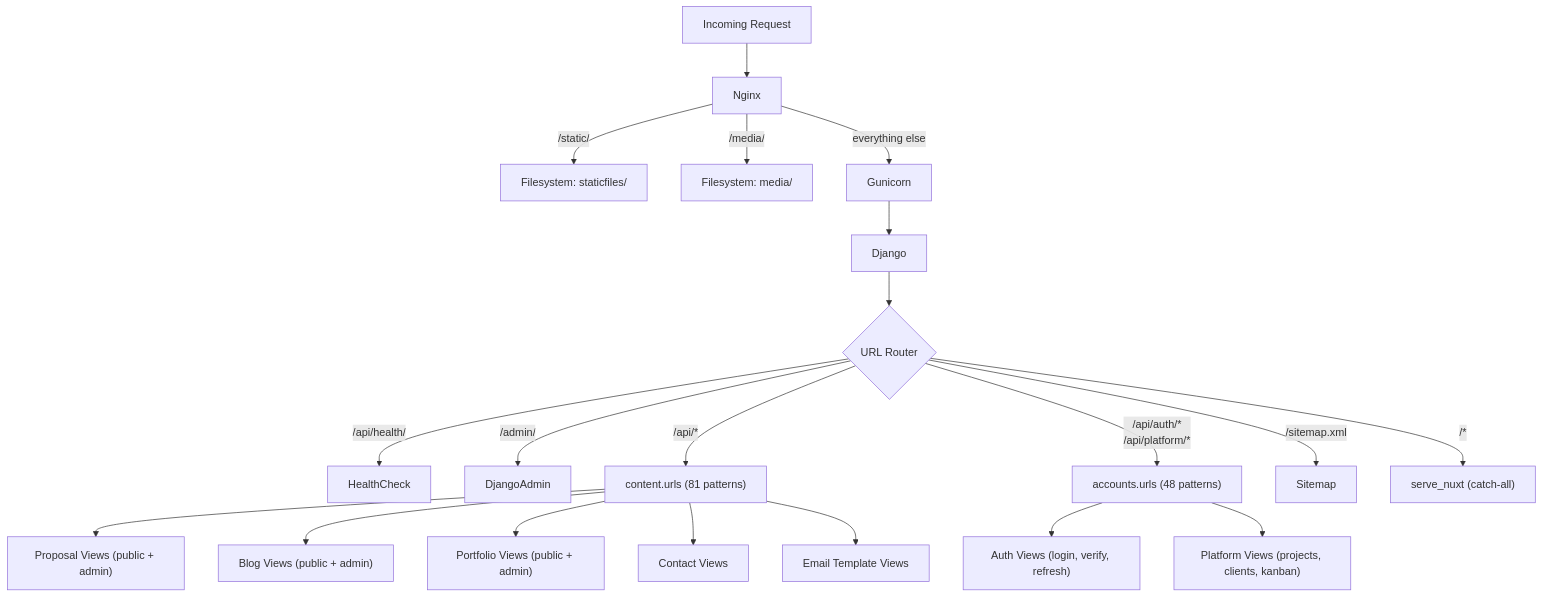
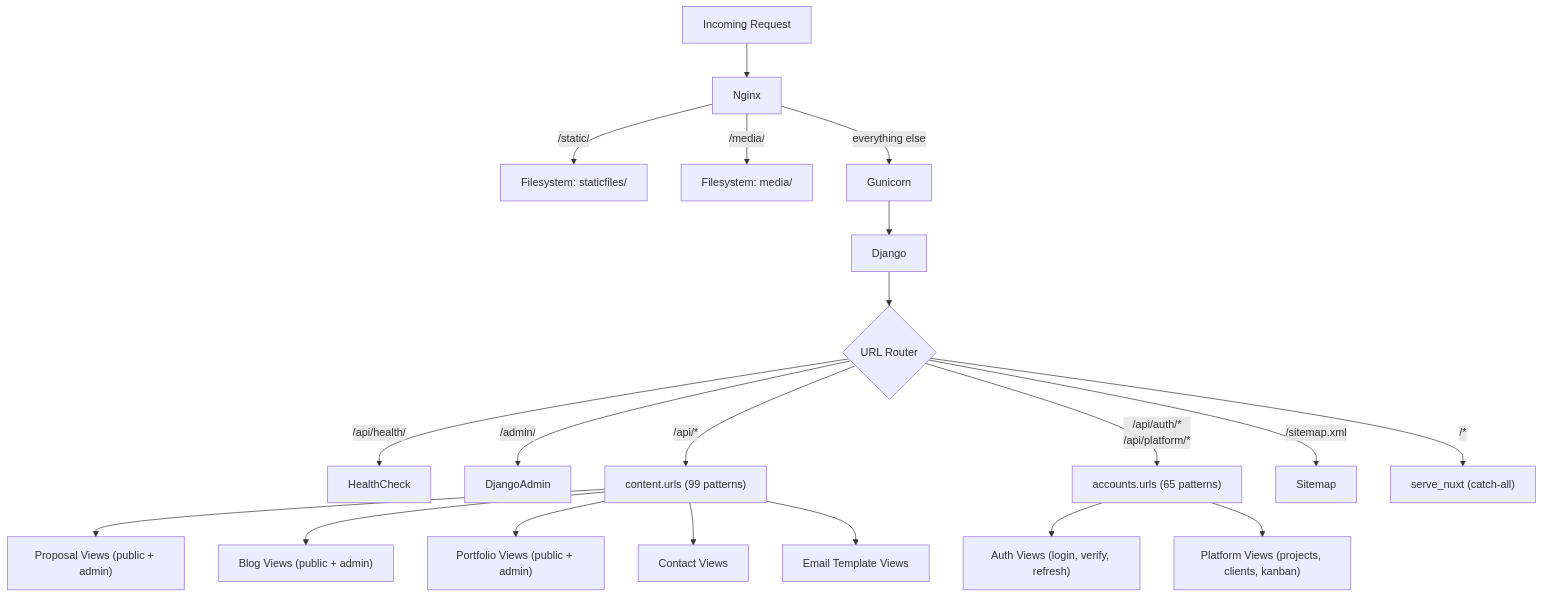
Before and after one commit to gustavop-dev/projectapp: the third of 10 diagrams in docs/methodology/architecture.md, drawn with Mermaid. The commit also changed other lines of this file and 112 other files, not shown here.

````diff
--- a/docs/methodology/architecture.md
+++ b/docs/methodology/architecture.md
@@ -82,28 +82,28 @@
 ```mermaid
 flowchart TD
     Request[Incoming Request] --> Nginx
 
     Nginx -->|/static/| FS1[Filesystem: staticfiles/]
     Nginx -->|/media/| FS2[Filesystem: media/]
     Nginx -->|everything else| Gunicorn
 
     Gunicorn --> Django
     Django --> URLRouter{URL Router}
 
     URLRouter -->|/api/health/| HealthCheck
     URLRouter -->|/admin/| DjangoAdmin
 
-    URLRouter -->|/api/*| ContentURLs["content.urls (81 patterns)"]
-    URLRouter -->|/api/auth/*<br>/api/platform/*| AccountsURLs["accounts.urls (48 patterns)"]
+    URLRouter -->|/api/*| ContentURLs["content.urls (99 patterns)"]
+    URLRouter -->|/api/auth/*<br>/api/platform/*| AccountsURLs["accounts.urls (65 patterns)"]
     URLRouter -->|/sitemap.xml| Sitemap
     URLRouter -->|/*| ServeNuxt["serve_nuxt (catch-all)"]
 
     AccountsURLs --> AuthViews["Auth Views (login, verify, refresh)"]
     AccountsURLs --> PlatformViews["Platform Views (projects, clients, kanban)"]
 
     ContentURLs --> ProposalViews["Proposal Views (public + admin)"]
     ContentURLs --> BlogViews["Blog Views (public + admin)"]
     ContentURLs --> PortfolioViews["Portfolio Views (public + admin)"]
     ContentURLs --> ContactViews["Contact Views"]
     ContentURLs --> EmailTemplateViews["Email Template Views"]
 ```
````
